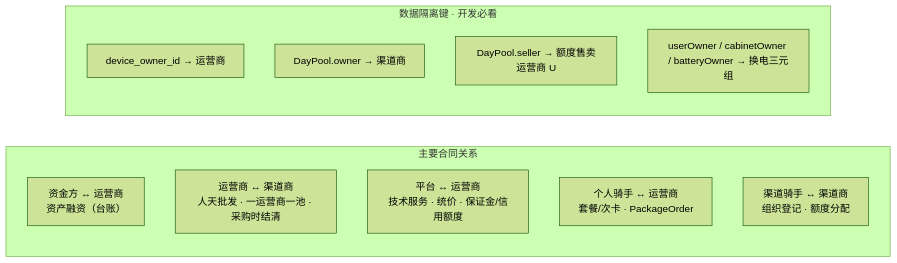
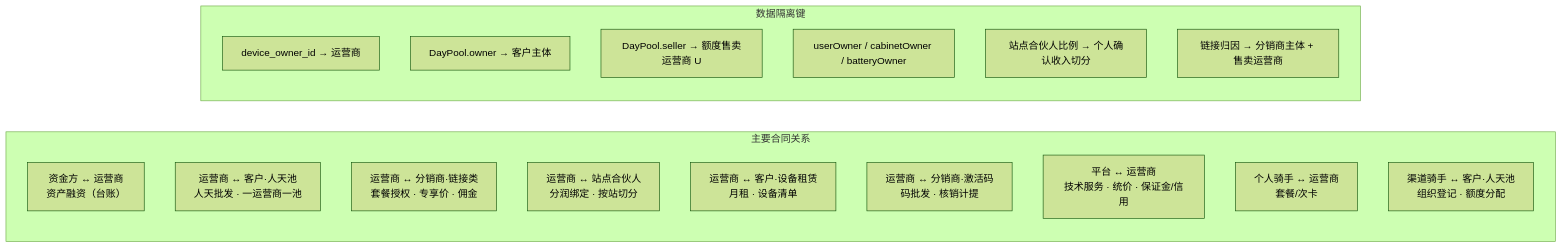
The second of 6 diagrams in docs/业务整体预览图.md (liudali/rider-swap-operator-prototype), drawn with Mermaid (forest theme) before and after one commit. The commit also changed other lines of this file and 68 other files, not shown here.

Commit message:
同步在线版：骑手端平铺流程、文档图高清下载、资金流图购套餐清分。

````diff
--- a/docs/业务整体预览图.md
+++ b/docs/业务整体预览图.md
@@ -99,17 +227,22 @@
 ```mermaid
 flowchart LR
   subgraph contracts [主要合同关系]
     L1["资金方 ↔ 运营商<br/>资产融资（台账）"]
-    L2["运营商 ↔ 渠道商<br/>人天批发 · 一运营商一池 · 采购时结清"]
-    L4["平台 ↔ 运营商<br/>技术服务 · 统价 · 保证金/信用额度"]
-    L5["个人骑手 ↔ 运营商<br/>套餐/次卡 · PackageOrder"]
-    L6["渠道骑手 ↔ 渠道商<br/>组织登记 · 额度分配"]
+    L2["运营商 ↔ 客户·人天池<br/>人天批发 · 一运营商一池"]
+    L3["运营商 ↔ 分销商·链接类<br/>套餐授权 · 专享价 · 佣金"]
+    L7["运营商 ↔ 站点合伙人<br/>分润绑定 · 按站切分"]
+    L8["运营商 ↔ 客户·设备租赁<br/>月租 · 设备清单"]
+    L9["运营商 ↔ 分销商·激活码<br/>码批发 · 核销计提"]
+    L4["平台 ↔ 运营商<br/>技术服务 · 统价 · 保证金/信用"]
+    L5["个人骑手 ↔ 运营商<br/>套餐/次卡"]
+    L6["渠道骑手 ↔ 客户·人天池<br/>组织登记 · 额度分配"]
   end
-
-  subgraph data_owner [数据隔离键 · 开发必看]
+  subgraph data_owner [数据隔离键]
     D1["device_owner_id → 运营商"]
-    D2["DayPool.owner → 渠道商"]
+    D2["DayPool.owner → 客户主体"]
     D3["DayPool.seller → 额度售卖运营商 U"]
-    D4["userOwner / cabinetOwner / batteryOwner → 换电三元组"]
+    D4["userOwner / cabinetOwner / batteryOwner"]
+    D5["站点合伙人比例 → 个人确认收入切分"]
+    D6["链接归因 → 分销商主体 + 售卖运营商"]
   end
 ```
````
